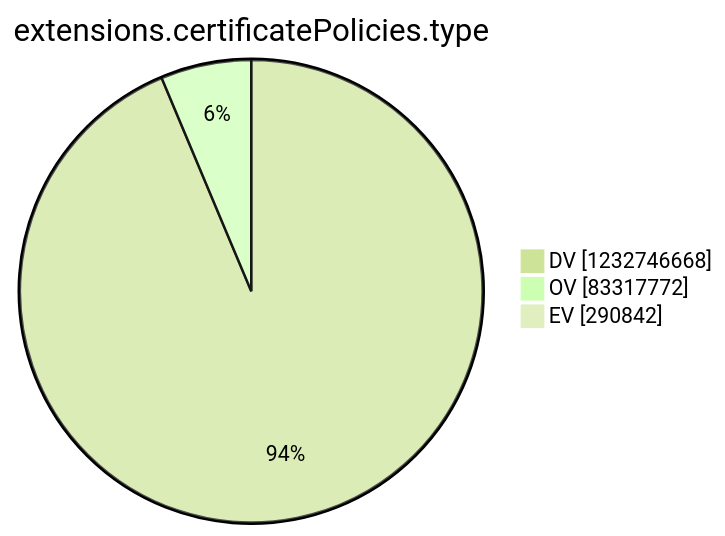
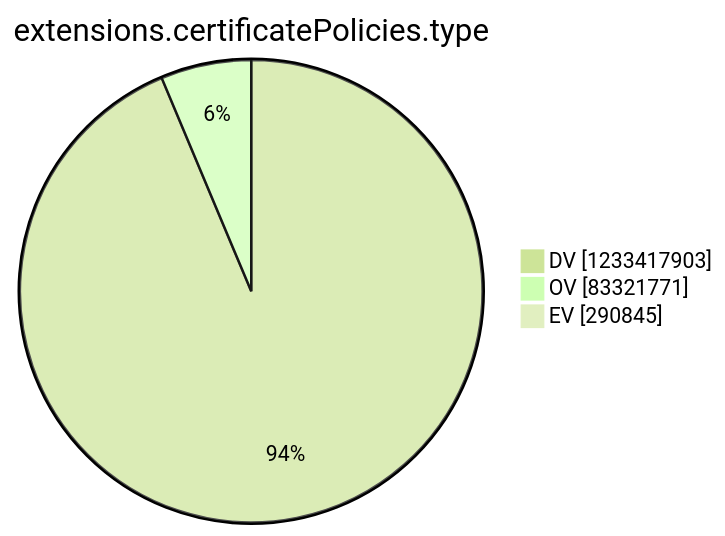
The tenth of 15 diagrams in argon2022/README.md (christiankrug/ctmonitor_visualization), drawn with Mermaid (forest theme) before and after one commit. The commit also changed other lines of this file, not shown here.

````diff
--- a/argon2022/README.md
+++ b/argon2022/README.md
@@ -2770,7 +2770,7 @@
 ```mermaid
 pie showData
 title extensions.certificatePolicies.type
-"DV" :1232746668
-"OV" :83317772
-"EV" :290842
+"DV" :1233417903
+"OV" :83321771
+"EV" :290845
 ```
````
